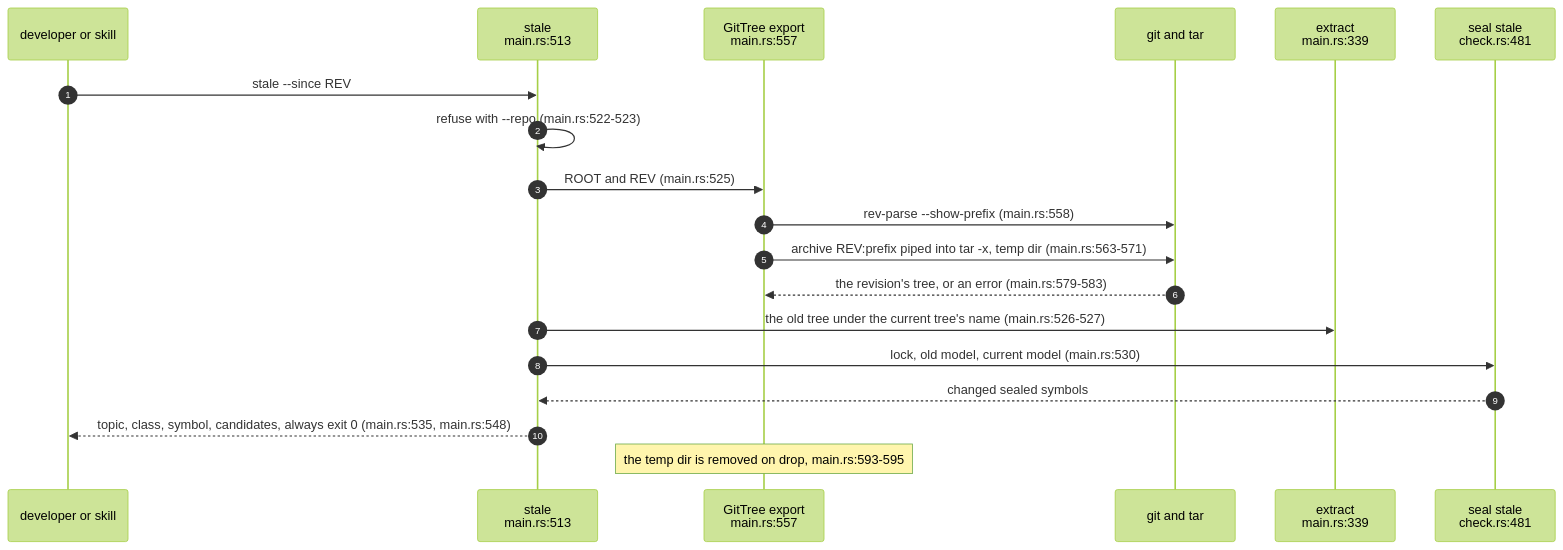
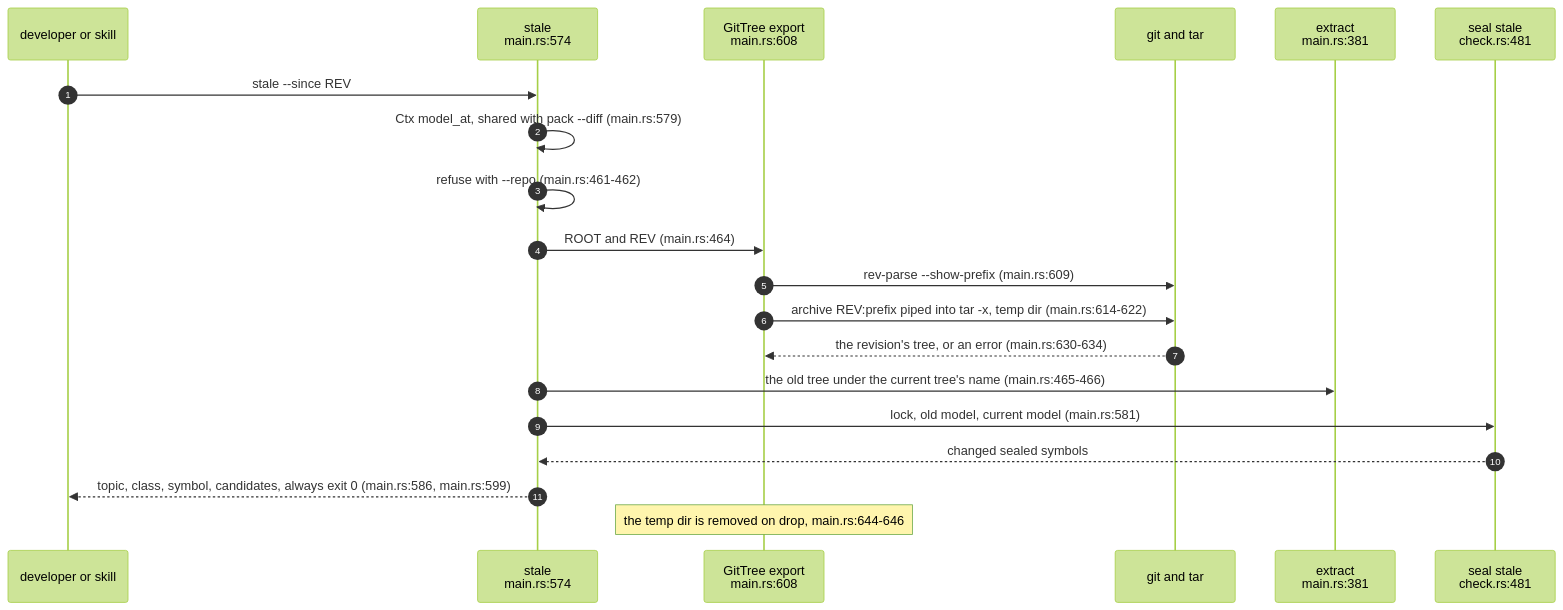
One commit to DreamLab-AI/codemaid changed the second of 4 diagrams in docs/diagrams/corpus/05-the-seal-commands.md. Above: the diagram before and after it, drawn with Mermaid (forest theme). The commit also changed other lines of this file and 23 other files, not shown here.

````diff
--- a/docs/diagrams/corpus/05-the-seal-commands.md
+++ b/docs/diagrams/corpus/05-the-seal-commands.md
@@ -78,21 +79,22 @@
 ```mermaid
 sequenceDiagram
     autonumber
     participant US as developer or skill
-    participant ST as stale<br/>main.rs:513
-    participant GT as GitTree export<br/>main.rs:557
+    participant ST as stale<br/>main.rs:574
+    participant GT as GitTree export<br/>main.rs:608
     participant GI as git and tar
-    participant EX as extract<br/>main.rs:339
+    participant EX as extract<br/>main.rs:381
     participant LB as seal stale<br/>check.rs:481
     US->>ST: stale --since REV
-    ST->>ST: refuse with --repo (main.rs:522-523)
-    ST->>GT: ROOT and REV (main.rs:525)
-    GT->>GI: rev-parse --show-prefix (main.rs:558)
-    GT->>GI: archive REV:prefix piped into tar -x, temp dir (main.rs:563-571)
-    GI-->>GT: the revision's tree, or an error (main.rs:579-583)
-    ST->>EX: the old tree under the current tree's name (main.rs:526-527)
-    ST->>LB: lock, old model, current model (main.rs:530)
+    ST->>ST: Ctx model_at, shared with pack --diff (main.rs:579)
+    ST->>ST: refuse with --repo (main.rs:461-462)
+    ST->>GT: ROOT and REV (main.rs:464)
+    GT->>GI: rev-parse --show-prefix (main.rs:609)
+    GT->>GI: archive REV:prefix piped into tar -x, temp dir (main.rs:614-622)
+    GI-->>GT: the revision's tree, or an error (main.rs:630-634)
+    ST->>EX: the old tree under the current tree's name (main.rs:465-466)
+    ST->>LB: lock, old model, current model (main.rs:581)
     LB-->>ST: changed sealed symbols
-    ST-->>US: topic, class, symbol, candidates, always exit 0 (main.rs:535, main.rs:548)
-    Note over GT: the temp dir is removed on drop, main.rs:593-595
+    ST-->>US: topic, class, symbol, candidates, always exit 0 (main.rs:586, main.rs:599)
+    Note over GT: the temp dir is removed on drop, main.rs:644-646
 ```
````
